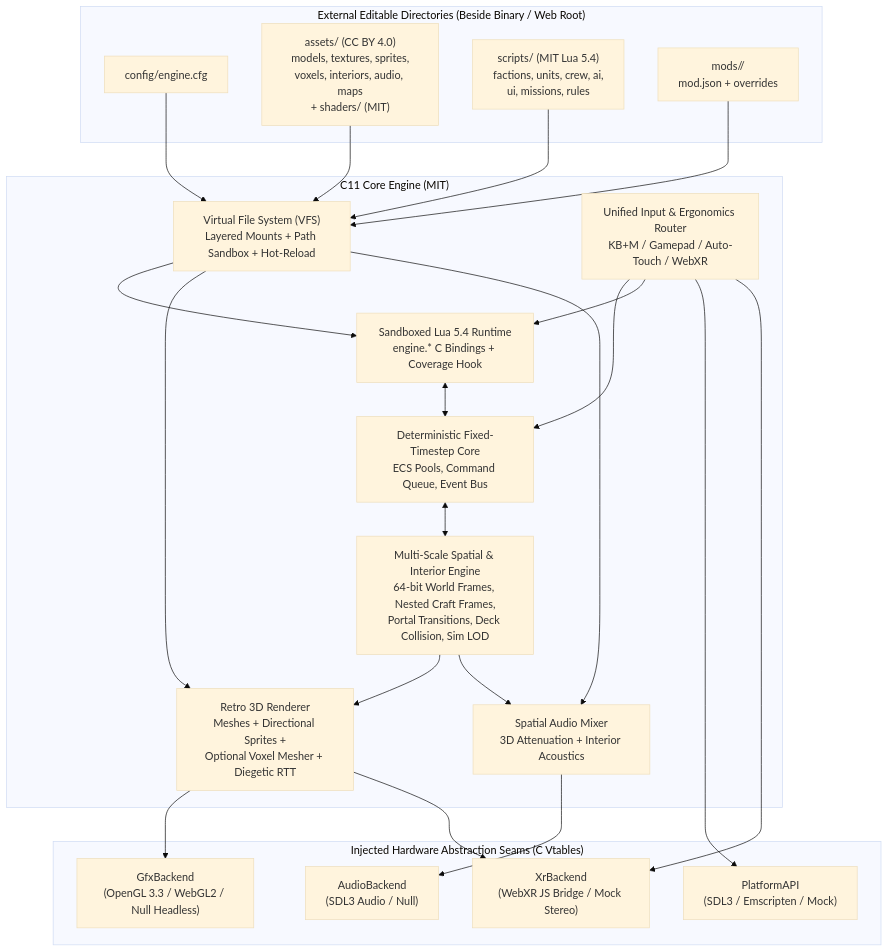
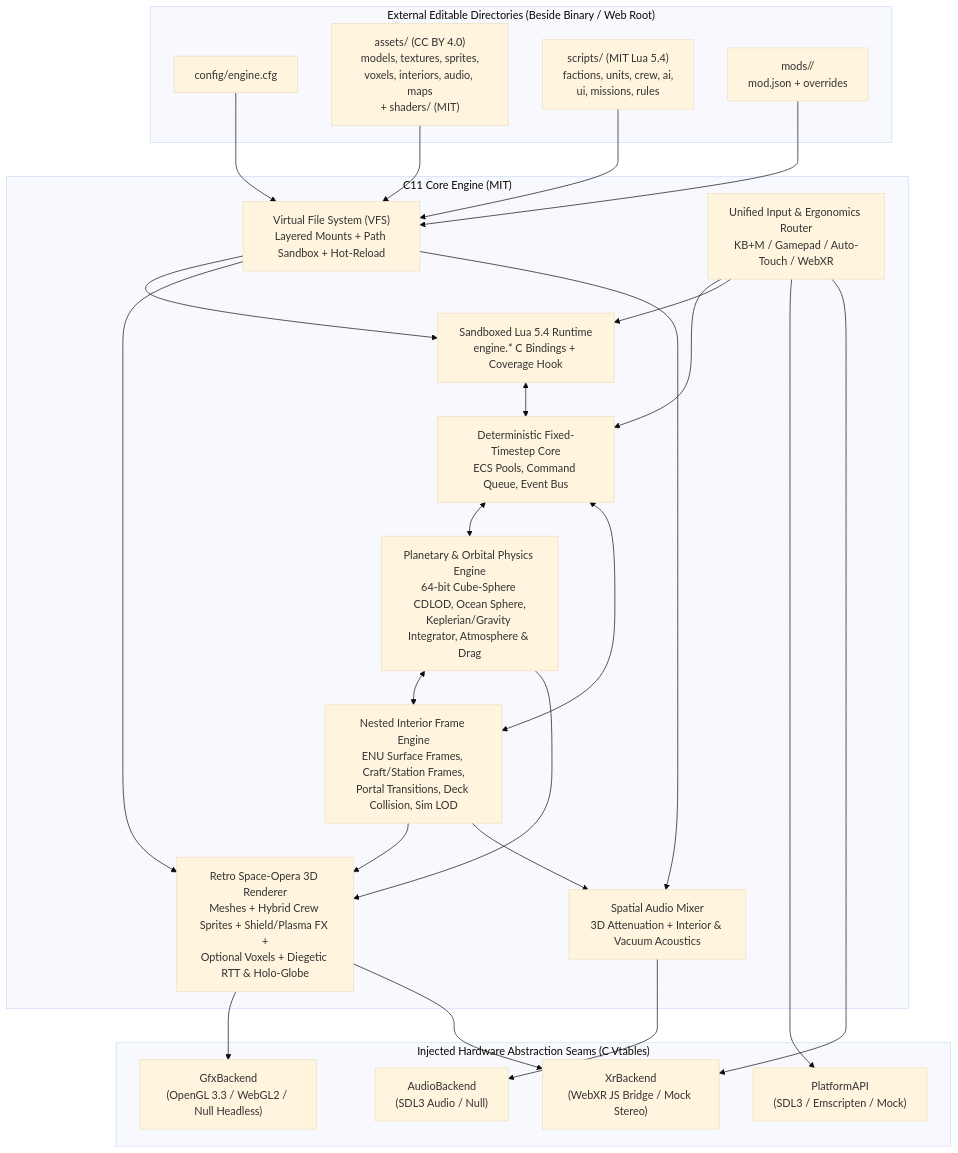
Before and after one commit to stbange/1prtsg: the first of 3 diagrams in docs/ARCHITECTURE.md, drawn with Mermaid (base theme). The commit also changed other lines of this file and 3 other files, not shown here.

Commit message:
docs: lock in space-opera, ironman, true-scale spherical planet & orbital mechanics design

````diff
--- a/docs/ARCHITECTURE.md
+++ b/docs/ARCHITECTURE.md
@@ -22,48 +23,52 @@
 ```mermaid
 flowchart TB
     subgraph External["External Editable Directories (Beside Binary / Web Root)"]
         CFG["config/engine.cfg"]
         ASSETS["assets/ (CC BY 4.0)\nmodels, textures, sprites,\nvoxels, interiors, audio, maps\n+ shaders/ (MIT)"]
         SCRIPTS["scripts/ (MIT Lua 5.4)\nfactions, units, crew, ai,\nui, missions, rules"]
         MODS["mods/<mod_id>/\nmod.json + overrides"]
     end
 
     subgraph Engine["C11 Core Engine (MIT)"]
         VFS["Virtual File System (VFS)\nLayered Mounts + Path Sandbox + Hot-Reload"]
         SIM["Deterministic Fixed-Timestep Core\nECS Pools, Command Queue, Event Bus"]
-        SPATIAL["Multi-Scale Spatial & Interior Engine\n64-bit World Frames, Nested Craft Frames,\nPortal Transitions, Deck Collision, Sim LOD"]
+        PLANET["Planetary & Orbital Physics Engine\n64-bit Cube-Sphere CDLOD, Ocean Sphere,\nKeplerian/Gravity Integrator, Atmosphere & Drag"]
+        SPATIAL["Nested Interior Frame Engine\nENU Surface Frames, Craft/Station Frames,\nPortal Transitions, Deck Collision, Sim LOD"]
         LUAVM["Sandboxed Lua 5.4 Runtime\nengine.* C Bindings + Coverage Hook"]
-        RENDER["Retro 3D Renderer\nMeshes + Directional Sprites +\nOptional Voxel Mesher + Diegetic RTT"]
-        AUDIO["Spatial Audio Mixer\n3D Attenuation + Interior Acoustics"]
+        RENDER["Retro Space-Opera 3D Renderer\nMeshes + Hybrid Crew Sprites + Shield/Plasma FX +\nOptional Voxels + Diegetic RTT & Holo-Globe"]
+        AUDIO["Spatial Audio Mixer\n3D Attenuation + Interior & Vacuum Acoustics"]
         INPUT["Unified Input & Ergonomics Router\nKB+M / Gamepad / Auto-Touch / WebXR"]
     end
 
     subgraph Backends["Injected Hardware Abstraction Seams (C Vtables)"]
         PLAT["PlatformAPI\n(SDL3 / Emscripten / Mock)"]
         GFX["GfxBackend\n(OpenGL 3.3 / WebGL2 / Null Headless)"]
         XR["XrBackend\n(WebXR JS Bridge / Mock Stereo)"]
         AUD["AudioBackend\n(SDL3 Audio / Null)"]
     end
 
     CFG --> VFS
     ASSETS --> VFS
     SCRIPTS --> VFS
     MODS --> VFS
 
     VFS --> LUAVM
     VFS --> RENDER
     VFS --> AUDIO
 
     LUAVM <--> SIM
+    SIM <--> PLANET
     SIM <--> SPATIAL
+    PLANET <--> SPATIAL
     INPUT --> SIM
     INPUT --> LUAVM
+    PLANET --> RENDER
     SPATIAL --> RENDER
     SPATIAL --> AUDIO
 
     INPUT --> PLAT
     INPUT --> XR
     RENDER --> GFX
     RENDER --> XR
     AUDIO --> AUD
 ```
````
